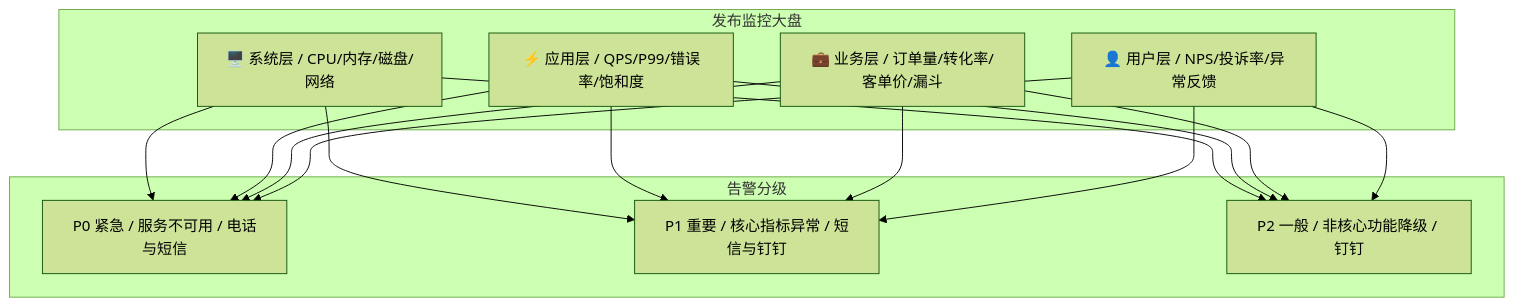
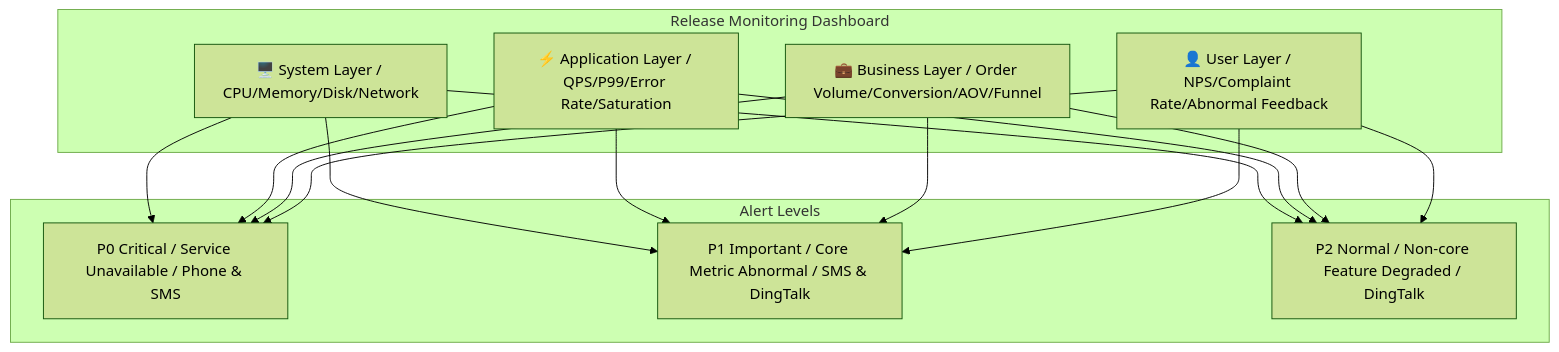
The fifth of 8 diagrams in templates/产品/交付层/【模板】发布计划文档.md (Kirky-X/cangjie), drawn with Mermaid (forest theme) before and after one commit. The commit also changed other lines of this file and 46 other files, not shown here.

````diff
--- a/templates/产品/交付层/【模板】发布计划文档.md
+++ b/templates/产品/交付层/【模板】发布计划文档.md
@@ -395,28 +395,28 @@
 ```mermaid
 graph TB
-    subgraph 发布监控大盘
-        M1[🖥️ 系统层 / CPU/内存/磁盘/网络]
-        M2[⚡ 应用层 / QPS/P99/错误率/饱和度]
-        M3[💼 业务层 / 订单量/转化率/客单价/漏斗]
-        M4[👤 用户层 / NPS/投诉率/异常反馈]
+    subgraph Release Monitoring Dashboard
+        M1[🖥️ System Layer / CPU/Memory/Disk/Network]
+        M2[⚡ Application Layer / QPS/P99/Error Rate/Saturation]
+        M3[💼 Business Layer / Order Volume/Conversion/AOV/Funnel]
+        M4[👤 User Layer / NPS/Complaint Rate/Abnormal Feedback]
     end
 
-    subgraph 告警分级
-        A1[P0 紧急 / 服务不可用 / 电话与短信]
-        A2[P1 重要 / 核心指标异常 / 短信与钉钉]
-        A3[P2 一般 / 非核心功能降级 / 钉钉]
+    subgraph Alert Levels
+        A1[P0 Critical / Service Unavailable / Phone & SMS]
+        A2[P1 Important / Core Metric Abnormal / SMS & DingTalk]
+        A3[P2 Normal / Non-core Feature Degraded / DingTalk]
     end
 
     M1 --> A1
     M2 --> A1
     M3 --> A1
     M4 --> A1
     M1 --> A2
     M2 --> A2
     M3 --> A2
     M4 --> A2
     M1 --> A3
     M2 --> A3
     M3 --> A3
     M4 --> A3
 ```
````
